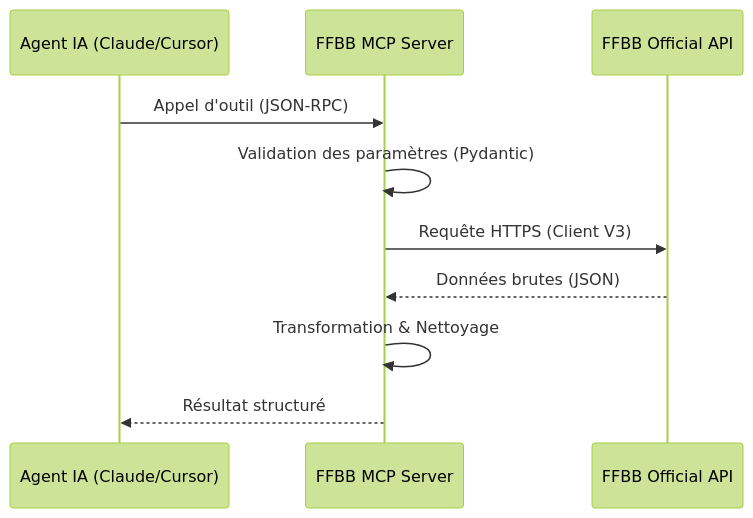
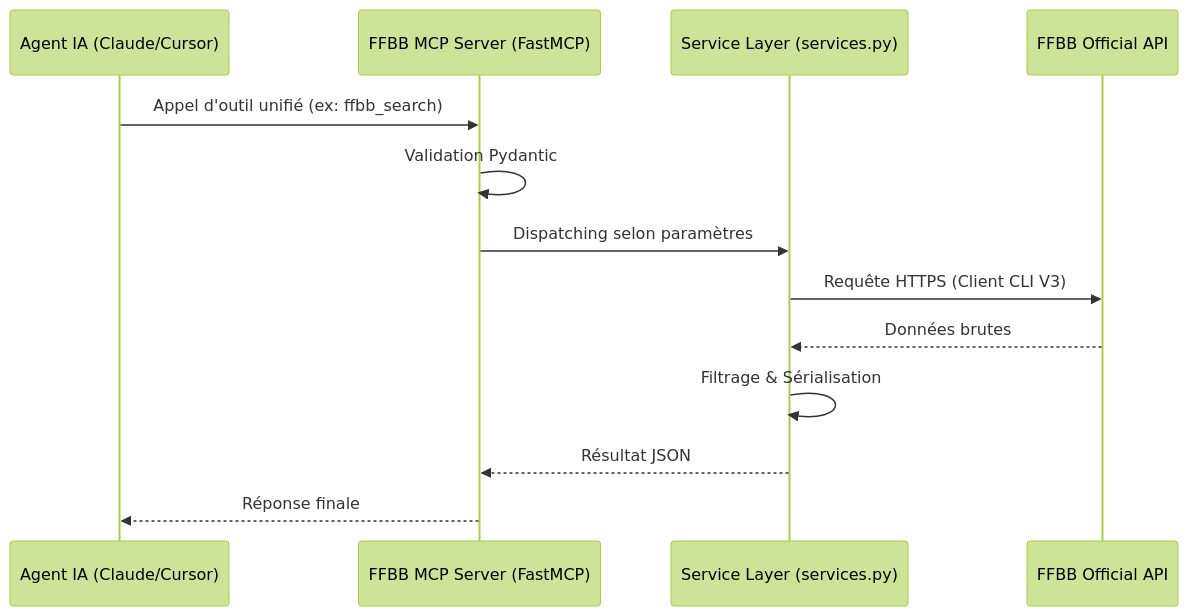
One commit to nickdesi/FFBB-MCP-Server changed the diagram in docs/ARCHITECTURE.md. Above: the diagram before and after it, drawn with Mermaid (forest theme). The commit also changed other lines of this file and 4 other files, not shown here.

````diff
--- a/docs/ARCHITECTURE.md
+++ b/docs/ARCHITECTURE.md
@@ -28,13 +36,16 @@
 ```mermaid
 sequenceDiagram
     participant LLM as Agent IA (Claude/Cursor)
-    participant MCP as FFBB MCP Server
+    participant MCP as FFBB MCP Server (FastMCP)
+    participant Service as Service Layer (services.py)
     participant API as FFBB Official API
 
-    LLM->>MCP: Appel d'outil (JSON-RPC)
-    MCP->>MCP: Validation des paramètres (Pydantic)
-    MCP->>API: Requête HTTPS (Client V3)
-    API-->>MCP: Données brutes (JSON)
-    MCP->>MCP: Transformation & Nettoyage
-    MCP-->>LLM: Résultat structuré
+    LLM->>MCP: Appel d'outil unifié (ex: ffbb_search)
+    MCP->>MCP: Validation Pydantic
+    MCP->>Service: Dispatching selon paramètres
+    Service->>API: Requête HTTPS (Client CLI V3)
+    API-->>Service: Données brutes
+    Service->>Service: Filtrage & Sérialisation
+    Service-->>MCP: Résultat JSON
+    MCP-->>LLM: Réponse finale
 ```
````
